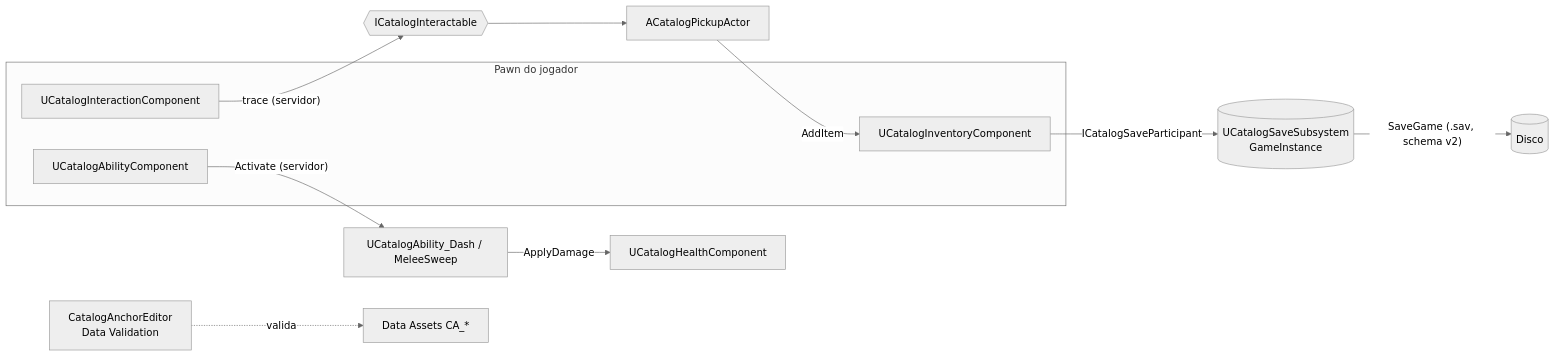
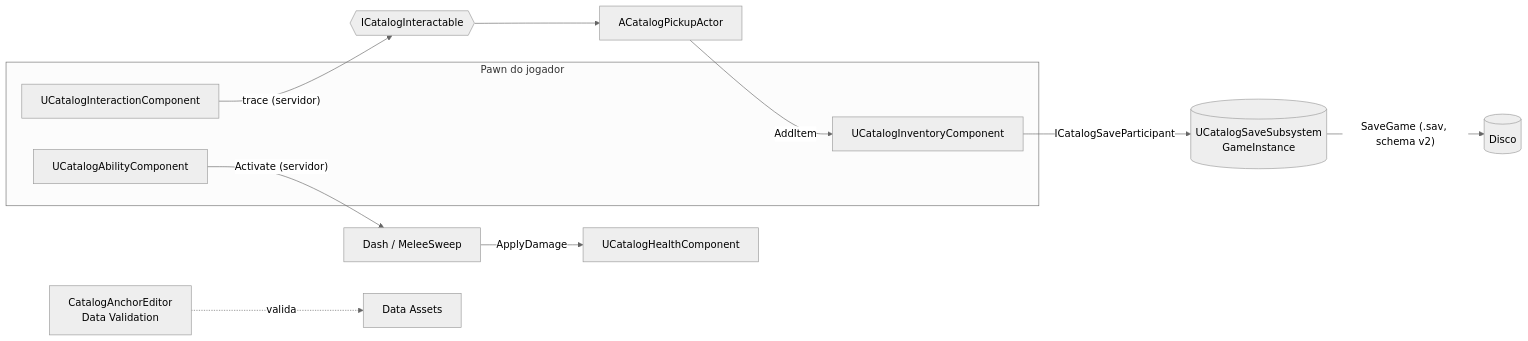
One commit to vinicius790/CatalogAnchor changed the diagram in README.md. Above: the diagram before and after it, drawn with Mermaid (neutral theme). The commit also changed other lines of this file and 47 other files, not shown here.

````diff
--- a/README.md
+++ b/README.md
@@ -27,16 +28,16 @@
 ```mermaid
 flowchart LR
     subgraph Pawn["Pawn do jogador"]
         IC[UCatalogInteractionComponent]
         INV[UCatalogInventoryComponent]
         AB[UCatalogAbilityComponent]
     end
     IC -- "trace (servidor)" --> I{{ICatalogInteractable}}
     I --> PK[ACatalogPickupActor]
     PK -- AddItem --> INV
-    AB -- "Activate (servidor)" --> BH[UCatalogAbility_Dash / MeleeSweep]
+    AB -- "Activate (servidor)" --> BH[Dash / MeleeSweep]
     BH -- ApplyDamage --> HP[UCatalogHealthComponent]
     INV -- ICatalogSaveParticipant --> SS[(UCatalogSaveSubsystem<br/>GameInstance)]
     SS -- "SaveGame (.sav, schema v2)" --> DISK[(Disco)]
-    ED[CatalogAnchorEditor<br/>Data Validation] -. valida .-> DA[Data Assets CA_*]
+    ED[CatalogAnchorEditor<br/>Data Validation] -. valida .-> DA[Data Assets]
 ```
````
